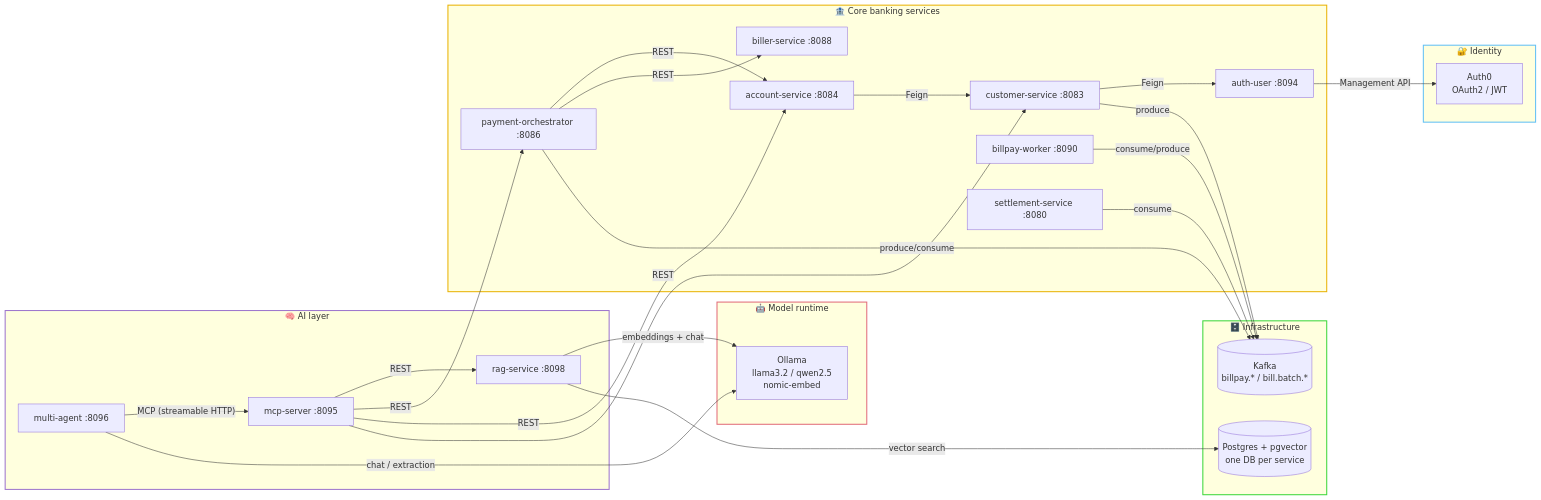
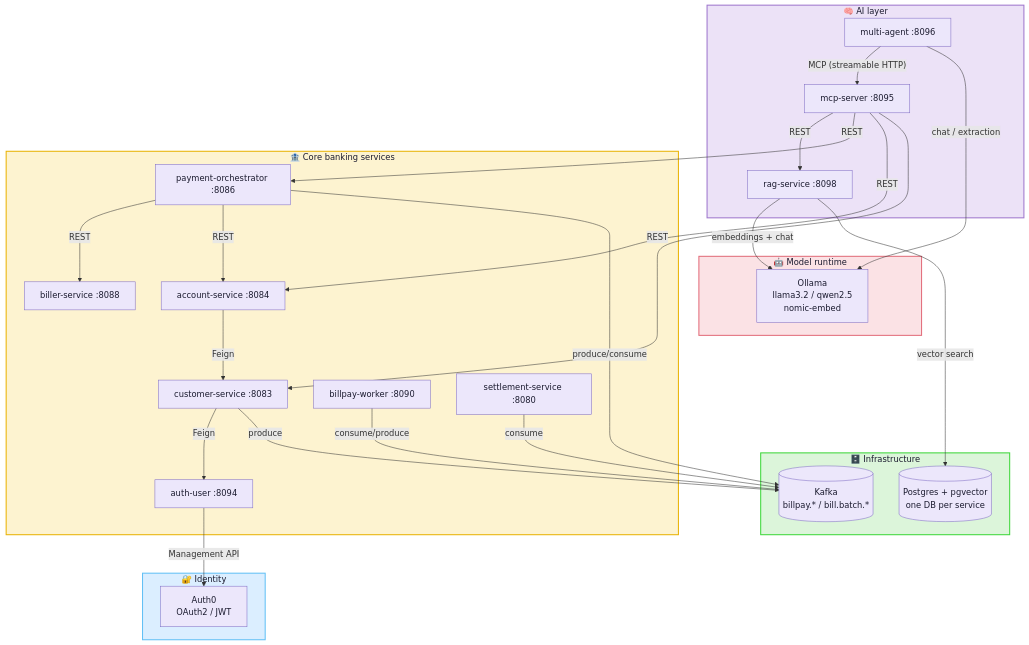
The diagram in README.md (jclin0311/BankStackAI), drawn with Mermaid before and after one commit.

````diff
--- a/README.md
+++ b/README.md
@@ -17,57 +17,61 @@
 ```mermaid
-flowchart LR
+flowchart TD
+    subgraph Edge["🔐 Identity"]
+        AUTH0["Auth0<br/>OAuth2 / JWT"]
+    end
+
     subgraph AI["🧠 AI layer"]
         AGENT["multi-agent :8096"]
         MCP["mcp-server :8095"]
         RAG["rag-service :8098"]
     end
 
     subgraph Models["🤖 Model runtime"]
         OLLAMA["Ollama<br/>llama3.2 / qwen2.5<br/>nomic-embed"]
-    end
-
-    subgraph Edge["🔐 Identity"]
-        AUTH0["Auth0<br/>OAuth2 / JWT"]
     end
 
     subgraph Core["🏦 Core banking services"]
         PAY["payment-orchestrator :8086"]
         ACCT["account-service :8084"]
         BILLER["biller-service :8088"]
         CUST["customer-service :8083"]
         AUTHU["auth-user :8094"]
         WORKER["billpay-worker :8090"]
         SETTLE["settlement-service :8080"]
     end
 
     subgraph Infra["🗄️ Infrastructure"]
         KAFKA[("Kafka<br/>billpay.* / bill.batch.*")]
         PG[("Postgres + pgvector<br/>one DB per service")]
     end
 
     AGENT -->|"MCP (streamable HTTP)"| MCP
     AGENT -->|"chat / extraction"| OLLAMA
+    MCP -->|REST| RAG
     RAG -->|"embeddings + chat"| OLLAMA
-    MCP -->|REST| RAG
+    RAG -->|"vector search"| PG
+
     MCP -->|REST| PAY
     MCP -->|REST| ACCT
     MCP -->|REST| CUST
 
+    PAY -->|REST| BILLER
     PAY -->|REST| ACCT
-    PAY -->|REST| BILLER
     ACCT -->|Feign| CUST
     CUST -->|Feign| AUTHU
     AUTHU -->|"Management API"| AUTH0
 
     PAY -->|"produce/consume"| KAFKA
     WORKER -->|"consume/produce"| KAFKA
     SETTLE -->|consume| KAFKA
     CUST -->|produce| KAFKA
-    RAG -->|"vector search"| PG
 
-    style AI stroke:#9f77cd,stroke-width:2px
-    style Models stroke:#e26d7a,stroke-width:2px
-    style Edge stroke:#63c0f5,stroke-width:2px
-    style Core stroke:#e9b306,stroke-width:2px
-    style Infra stroke:#3fd73c,stroke-width:2px
+    classDef box fill:#ece7fb,stroke:#7e6bc4,stroke-width:1px,color:#1b1b2f
+    class AGENT,MCP,RAG,OLLAMA,AUTH0,PAY,ACCT,BILLER,CUST,AUTHU,WORKER,SETTLE,KAFKA,PG box
+
+    style Edge fill:#dbeeff,stroke:#63c0f5,stroke-width:2px,color:#1b1b2f
+    style AI fill:#ece2f7,stroke:#9f77cd,stroke-width:2px,color:#1b1b2f
+    style Models fill:#fbe2e5,stroke:#e26d7a,stroke-width:2px,color:#1b1b2f
+    style Core fill:#fdf3d0,stroke:#e9b306,stroke-width:2px,color:#1b1b2f
+    style Infra fill:#dcf5da,stroke:#3fd73c,stroke-width:2px,color:#1b1b2f
 ```
````
